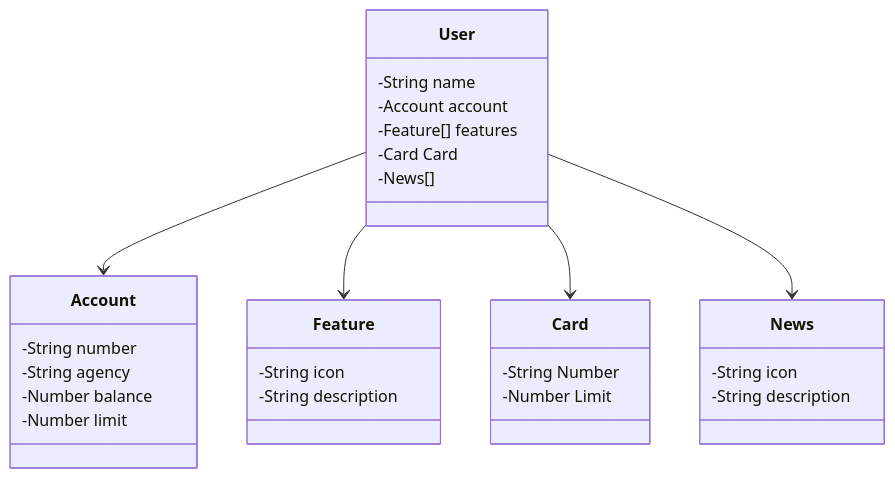
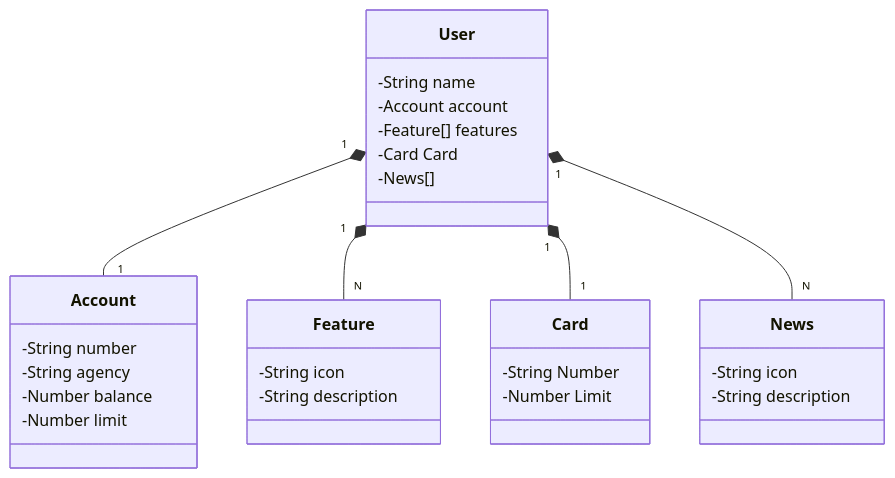
The diagram in README.md (denistein2/bootcampsantanderdevweek), drawn with Mermaid before and after one commit.

````diff
--- a/README.md
+++ b/README.md
@@ -6,37 +6,37 @@
 ```mermaid
 classDiagram
     class User {
         -String name
         -Account account
         -Feature[] features
         -Card Card
         -News[]
     }
     
     class Account {
         -String number
         -String agency
         -Number balance
 	    -Number limit
     }
     
     class Feature {
         -String icon
         -String description
     }
     
     class Card {
         -String Number
         -Number Limit
     }
     
     class News {
         -String icon
         -String description
     }
     
-    User --> Account
-    User --> Feature
-    User --> Card
-    User --> News
+    User "1" *-- "1" Account
+    User "1" *-- "N" Feature
+    User "1" *-- "1" Card
+    User "1" *-- "N" News
 ```
````
